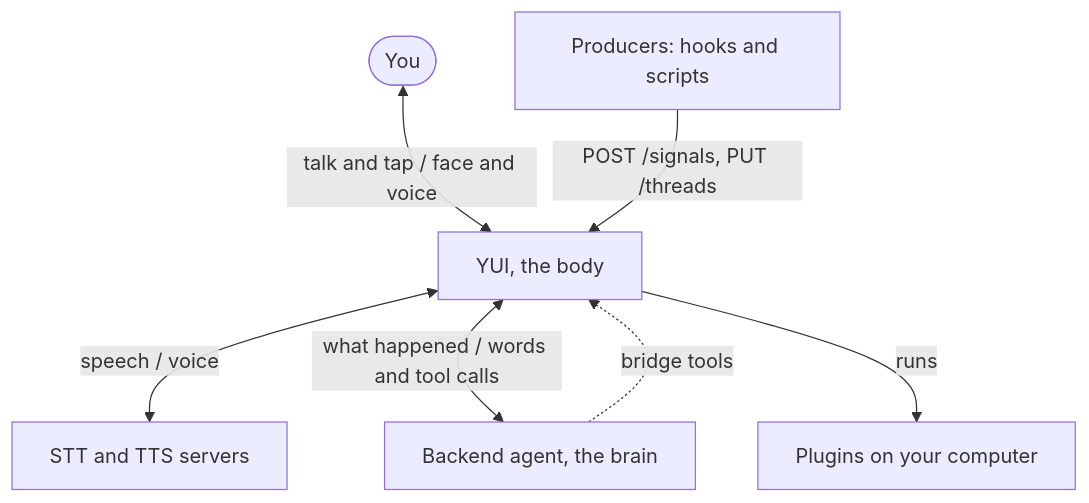
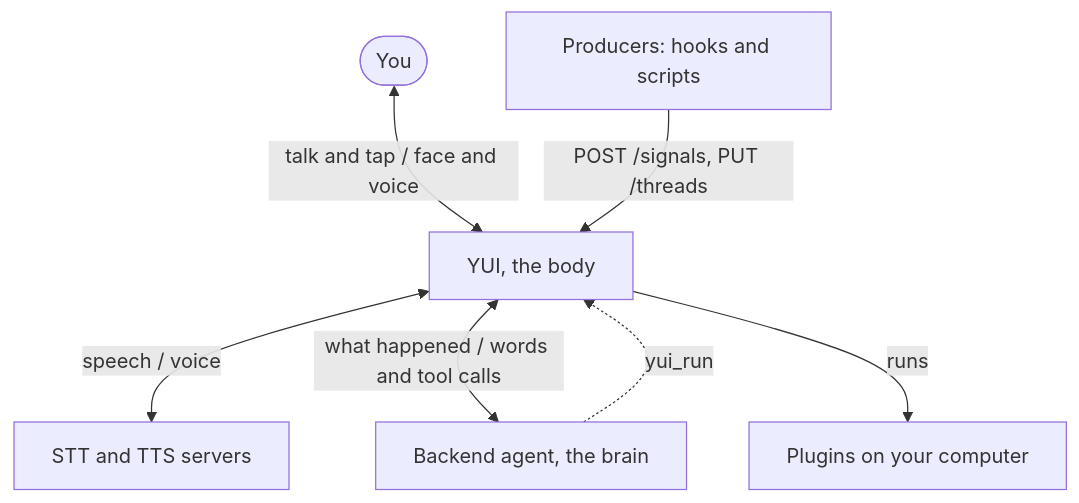
The first of 2 diagrams in docs/guide/how-it-works.md (yw0nam/YUI), drawn with Mermaid before and after one commit. The commit also changed 93 other files, not shown here.

First line of the commit message:
feat!: the backend reaches look, Threads, terminals, plugins and the guides through yui_run (#2148)

````diff
--- a/docs/guide/how-it-works.md
+++ b/docs/guide/how-it-works.md
@@ -5,16 +5,16 @@
 ```mermaid
 flowchart TB
   you(["You"])
   producers["Producers: hooks and scripts"]
   yui["YUI, the body"]
   voice["STT and TTS servers"]
   brain["Backend agent, the brain"]
   plugins["Plugins on your computer"]
 
   you <-->|"talk and tap / face and voice"| yui
   producers -->|"POST /signals, PUT /threads"| yui
   yui <-->|"speech / voice"| voice
   yui <-->|"what happened / words and tool calls"| brain
   yui -->|"runs"| plugins
-  brain -.->|"bridge tools"| yui
+  brain -.->|"yui_run"| yui
 ```
````
